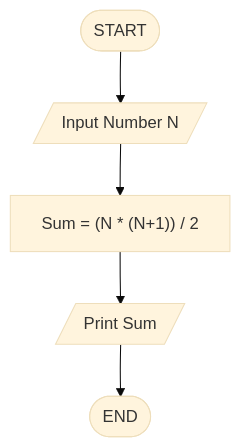
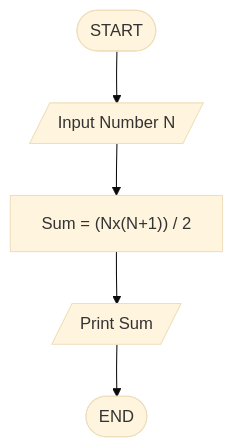
The sixth of 7 diagrams in FlowchartsAndPseudocodes/README.md (jayesh-shivlani/Java), drawn with Mermaid (base theme) before and after one commit. The commit also changed other lines of this file and 7 other files, not shown here.

Commit message:
Refactor Flowcharts and Pseudocodes: Update README for clarity, add Practice Questions, and reorganize content. Remove unused files for better structure.

````diff
--- a/FlowchartsAndPseudocodes/README.md
+++ b/FlowchartsAndPseudocodes/README.md
@@ -232,8 +233,8 @@
 ```mermaid
 graph TD 
 
 A([START]) --> B[/Input Number N/]
-B --> C["Sum = (N * (N+1)) / 2"]
+B --> C["Sum = (Nx(N+1)) / 2"]
 C --> D[/Print Sum/]
 D --> E([END])
 ```
````
